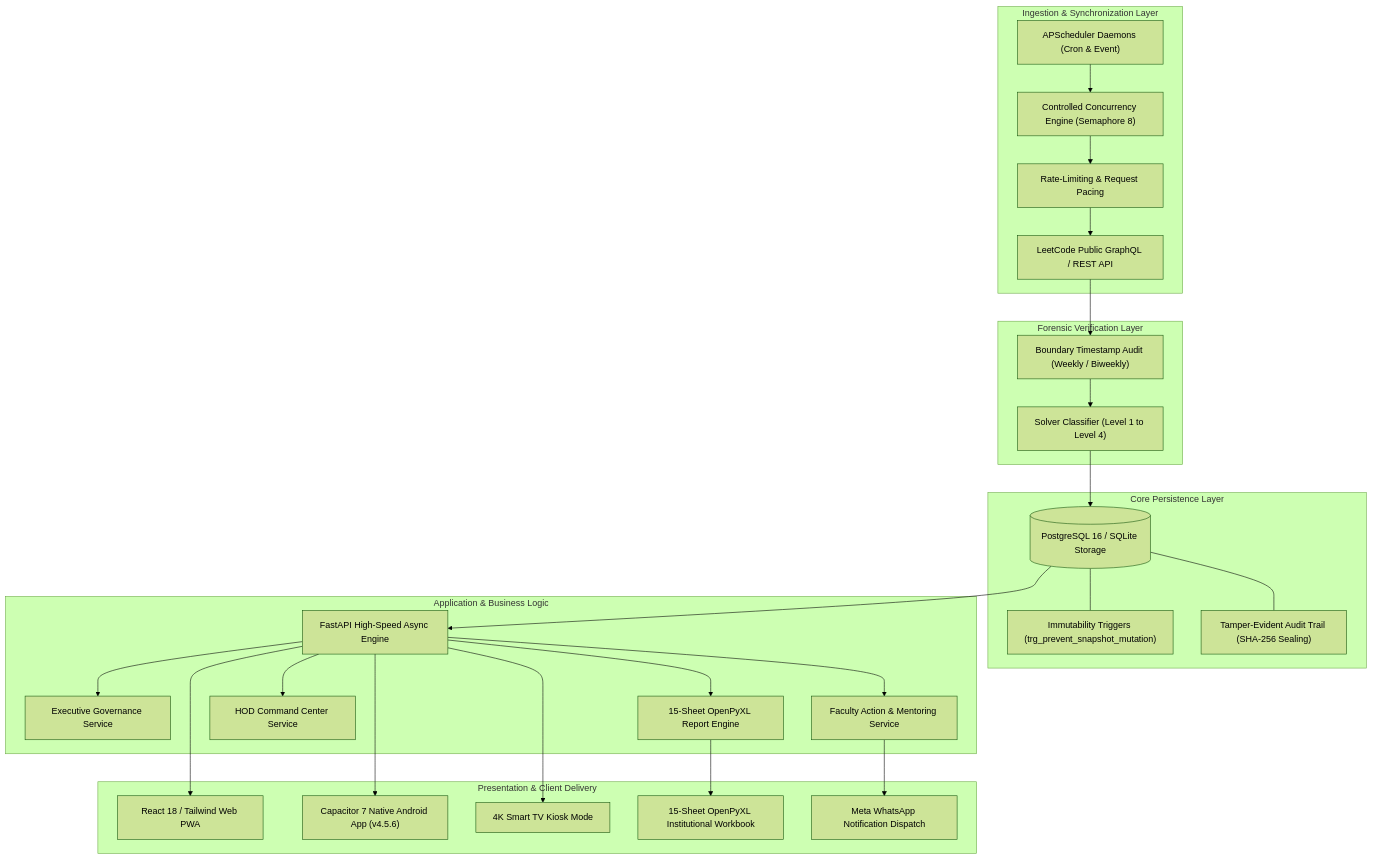
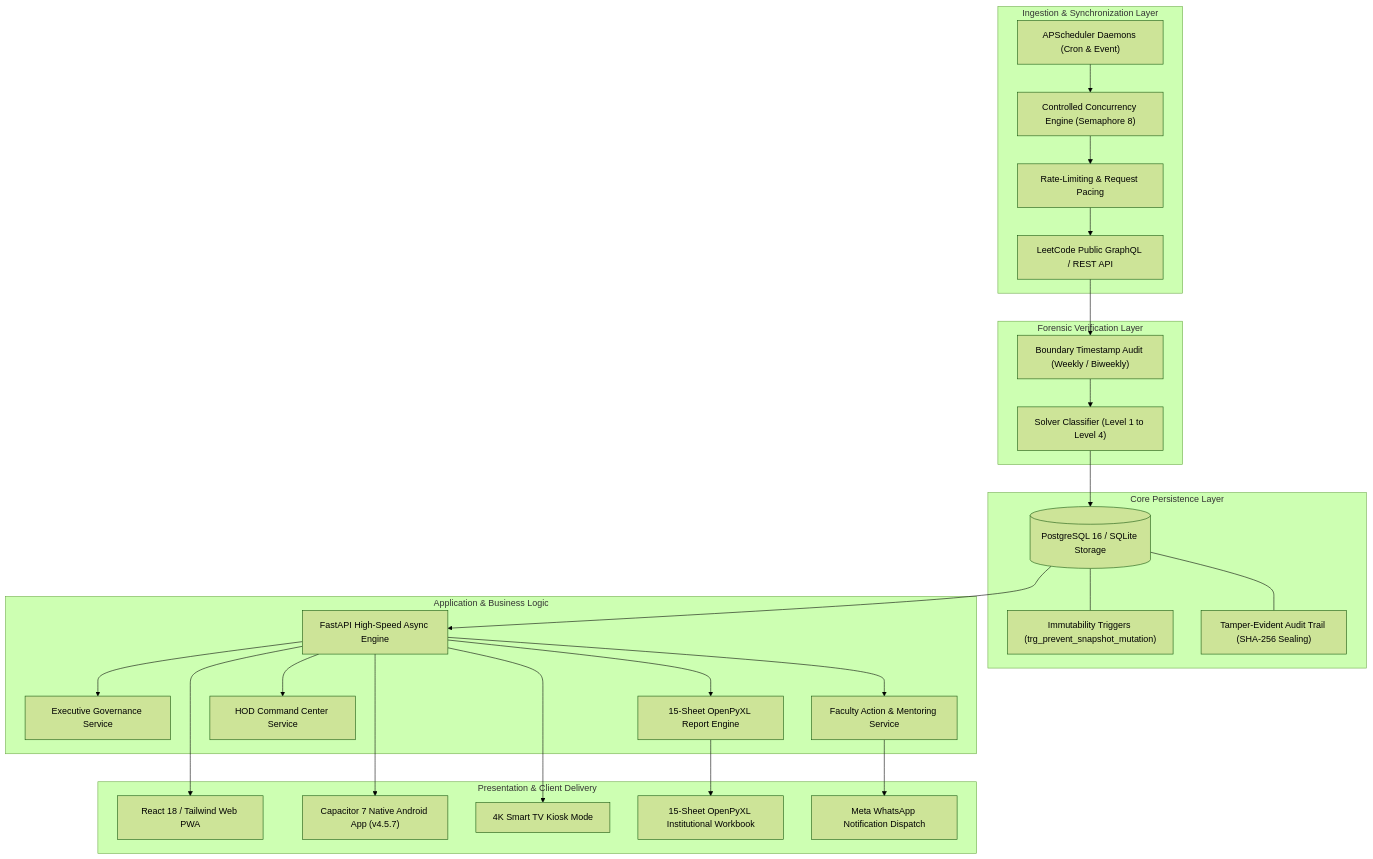
Before and after one commit to nanthishvaran17/Leetcodeurl-s: the diagram in README.md, drawn with Mermaid (forest theme). The commit also changed other lines of this file and 2 other files, not shown here.

````diff
--- a/README.md
+++ b/README.md
@@ -197,54 +197,54 @@
 ```mermaid
 flowchart TD
     subgraph Ingestion ["Ingestion & Synchronization Layer"]
         LC["LeetCode Public GraphQL / REST API"]
         DYN["Controlled Concurrency Engine (Semaphore 8)"]
         RATE["Rate-Limiting & Request Pacing"]
         SCHED["APScheduler Daemons (Cron & Event)"]
         SCHED --> DYN
         DYN --> RATE
         RATE --> LC
     end
 
     subgraph Verification ["Forensic Verification Layer"]
         TIME["Boundary Timestamp Audit (Weekly / Biweekly)"]
         CLASS["Solver Classifier (Level 1 to Level 4)"]
         LC --> TIME
         TIME --> CLASS
     end
 
     subgraph Storage ["Core Persistence Layer"]
         DB[("PostgreSQL 16 / SQLite Storage")]
         TRIG["Immutability Triggers (trg_prevent_snapshot_mutation)"]
         AUDIT["Tamper-Evident Audit Trail (SHA-256 Sealing)"]
         CLASS --> DB
         DB --- TRIG
         DB --- AUDIT
     end
 
     subgraph Services ["Application & Business Logic"]
         API["FastAPI High-Speed Async Engine"]
         MGT["Executive Governance Service"]
         FAC["Faculty Action & Mentoring Service"]
         HOD["HOD Command Center Service"]
         REP["15-Sheet OpenPyXL Report Engine"]
         DB --> API
         API --> MGT
         API --> FAC
         API --> HOD
         API --> REP
     end
 
     subgraph Presentation ["Presentation & Client Delivery"]
         WEB["React 18 / Tailwind Web PWA"]
-        APK["Capacitor 7 Native Android App (v4.5.6)"]
+        APK["Capacitor 7 Native Android App (v4.5.7)"]
         KIOSK["4K Smart TV Kiosk Mode"]
         EXCEL["15-Sheet OpenPyXL Institutional Workbook"]
         WA["Meta WhatsApp Notification Dispatch"]
         API --> WEB
         API --> APK
         API --> KIOSK
         REP --> EXCEL
         FAC --> WA
     end
 ```
````
